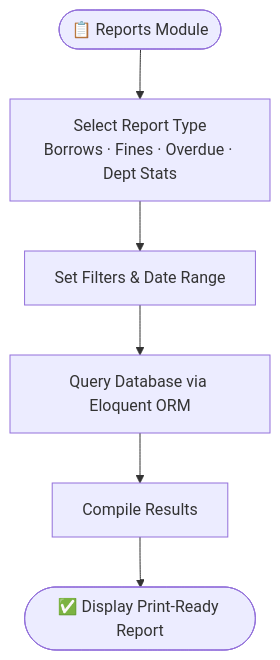
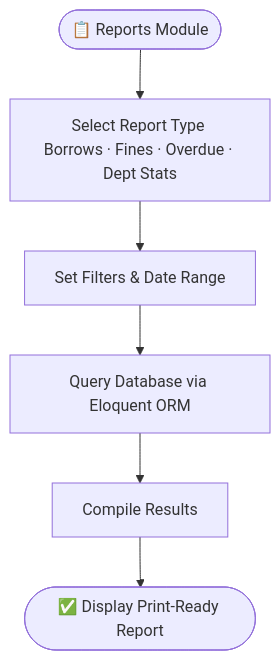
Before and after one commit to ErickGaceta/BaguioCentralUniversity_LibraryManagementSystem: the eighth of 8 diagrams in Flowchart.md, drawn with Mermaid. The commit also changed other lines of this file, not shown here.

````diff
--- a/Flowchart.md
+++ b/Flowchart.md
@@ -162,8 +162,8 @@
 ```mermaid
 flowchart TD
-    A([📋 Reports Module]) --> B[Select Report Type\nBorrows · Fines · Overdue · Dept Stats]
+    A([📋 Reports Module]) --> B[Select Report Type Borrows · Fines · Overdue · Dept Stats]
     B --> C[Set Filters & Date Range]
     C --> D[Query Database via Eloquent ORM]
     D --> E[Compile Results]
     E --> F([✅ Display Print-Ready Report])
 ```
````
